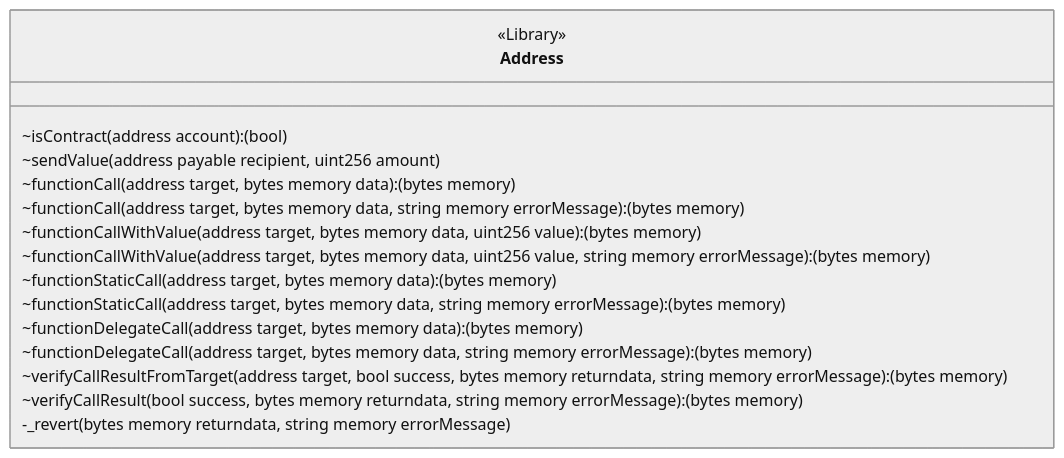
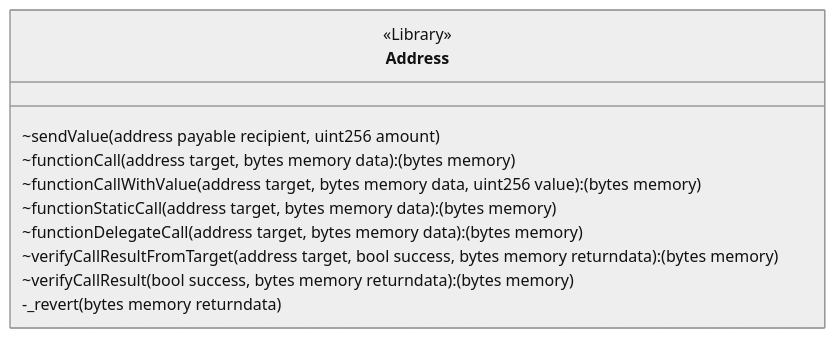
The diagram in generated/@openzeppelin/contracts/utils/Address.mmd (ernestognw/mermaid-contracts), drawn with Mermaid (neutral theme) before and after one commit. The commit also changed 201 other files, not shown here.

```diff
--- a/generated/@openzeppelin/contracts/utils/Address.mmd
+++ b/generated/@openzeppelin/contracts/utils/Address.mmd
@@ -1,18 +1,13 @@
 classDiagram
-  %% 194:8964:0
+  %% 195:6066:0
   class Address {
     <<Library>>
-    ~isContract(address account): (bool)
     ~sendValue(address payable recipient, uint256 amount)
     ~functionCall(address target, bytes memory data): (bytes memory)
-    ~functionCall(address target, bytes memory data, string memory errorMessage): (bytes memory)
     ~functionCallWithValue(address target, bytes memory data, uint256 value): (bytes memory)
-    ~functionCallWithValue(address target, bytes memory data, uint256 value, string memory errorMessage): (bytes memory)
     ~functionStaticCall(address target, bytes memory data): (bytes memory)
-    ~functionStaticCall(address target, bytes memory data, string memory errorMessage): (bytes memory)
     ~functionDelegateCall(address target, bytes memory data): (bytes memory)
-    ~functionDelegateCall(address target, bytes memory data, string memory errorMessage): (bytes memory)
-    ~verifyCallResultFromTarget(address target, bool success, bytes memory returndata, string memory errorMessage): (bytes memory)
-    ~verifyCallResult(bool success, bytes memory returndata, string memory errorMessage): (bytes memory)
-    -_revert(bytes memory returndata, string memory errorMessage)
+    ~verifyCallResultFromTarget(address target, bool success, bytes memory returndata): (bytes memory)
+    ~verifyCallResult(bool success, bytes memory returndata): (bytes memory)
+    -_revert(bytes memory returndata)
   }
```
